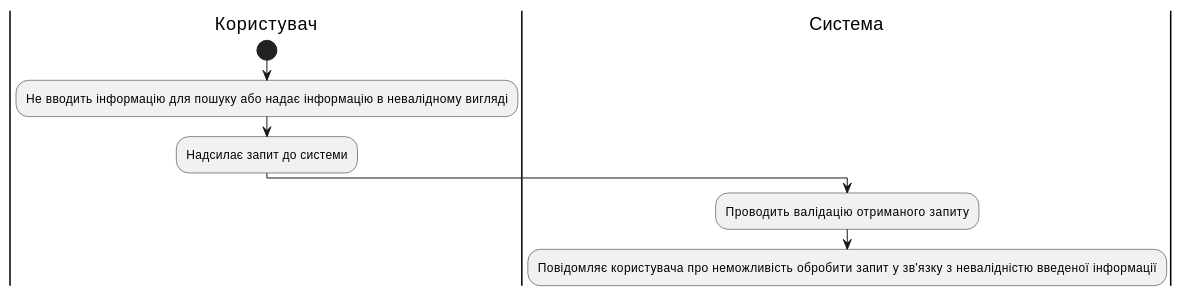
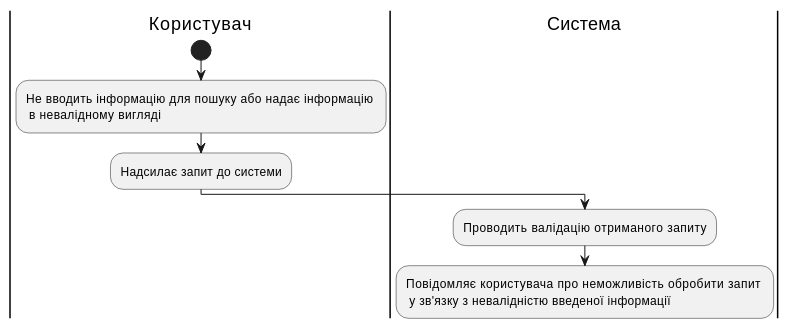
The seventh of 16 diagrams in docs/use cases/README.md (ukioxz/media-content-analyzing-system), drawn with PlantUML before and after one commit. The commit also changed other lines of this file and 2 other files, not shown here.

```diff
--- a/docs/use cases/README.md
+++ b/docs/use cases/README.md
@@ -235,18 +212,17 @@
 @startuml
 
 |Користувач|
 
 start
 
-:Не вводить інформацію для пошуку або надає інформацію в невалідному вигляді;
+:Не вводить інформацію для пошуку або надає інформацію \n в невалідному вигляді;
 
 :Надсилає запит до системи;
 
 |#AntiqueWhite|Система
 
 :Проводить валідацію отриманого запиту;
 
-:Повідомляє користувача про неможливість обробити запит у зв'язку з невалідністю введеної інформації;
-
+:Повідомляє користувача про неможливість обробити запит \n у зв'язку з невалідністю введеної інформації;
 
 @enduml
```
